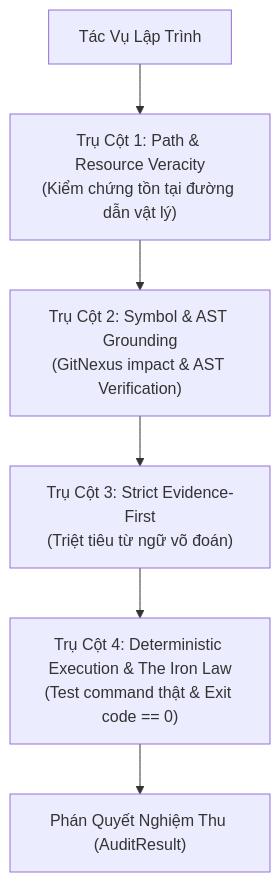
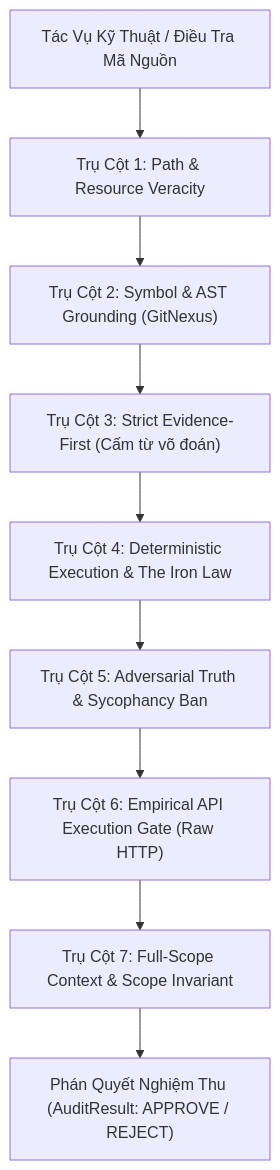
Before and after one commit to sumita-dev/Antigravity-Harness-HuB: the diagram in plugins/code/skills/anti-hallucination-guard/SKILL.md, drawn with Mermaid. The commit also changed other lines of this file and 3 other files, not shown here.

First line of the commit message:
feat(anti-hallucination): implement 7 pillars, sycophancy ban, empirical API gate & evidence table

````diff
--- a/plugins/code/skills/anti-hallucination-guard/SKILL.md
+++ b/plugins/code/skills/anti-hallucination-guard/SKILL.md
@@ -26,8 +28,11 @@
 ```mermaid
 flowchart TD
-    A["Tác Vụ Lập Trình"] --> B["Trụ Cột 1: Path & Resource Veracity<br/>(Kiểm chứng tồn tại đường dẫn vật lý)"]
-    B --> C["Trụ Cột 2: Symbol & AST Grounding<br/>(GitNexus impact & AST Verification)"]
-    C --> D["Trụ Cột 3: Strict Evidence-First<br/>(Triệt tiêu từ ngữ võ đoán)"]
-    D --> E["Trụ Cột 4: Deterministic Execution & The Iron Law<br/>(Test command thật & Exit code == 0)"]
-    E --> F["Phán Quyết Nghiệm Thu (AuditResult)"]
+    A["Tác Vụ Kỹ Thuật / Điều Tra Mã Nguồn"] --> B["Trụ Cột 1: Path & Resource Veracity"]
+    B --> C["Trụ Cột 2: Symbol & AST Grounding (GitNexus)"]
+    C --> D["Trụ Cột 3: Strict Evidence-First (Cấm từ võ đoán)"]
+    D --> E["Trụ Cột 4: Deterministic Execution & The Iron Law"]
+    E --> F["Trụ Cột 5: Adversarial Truth & Sycophancy Ban"]
+    F --> G["Trụ Cột 6: Empirical API Execution Gate (Raw HTTP)"]
+    G --> H["Trụ Cột 7: Full-Scope Context & Scope Invariant"]
+    H --> I["Phán Quyết Nghiệm Thu (AuditResult: APPROVE / REJECT)"]
 ```
````
